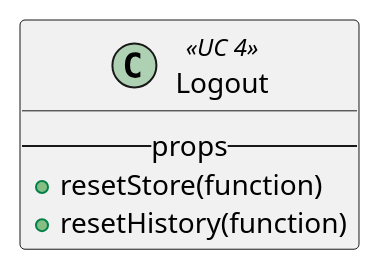
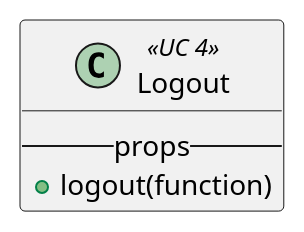
Before and after one commit to M9k/Marvin-Uml: the diagram in react/custom/logout.iuml, drawn with PlantUML. The commit also changed 11 other files, not shown here.

```diff
--- a/react/custom/logout.iuml
+++ b/react/custom/logout.iuml
@@ -1,5 +1,4 @@
 class Logout <<UC 4>>{
   --props--
-      + resetStore(function)
-      + resetHistory(function)
+      + logout(function)
 }
```
